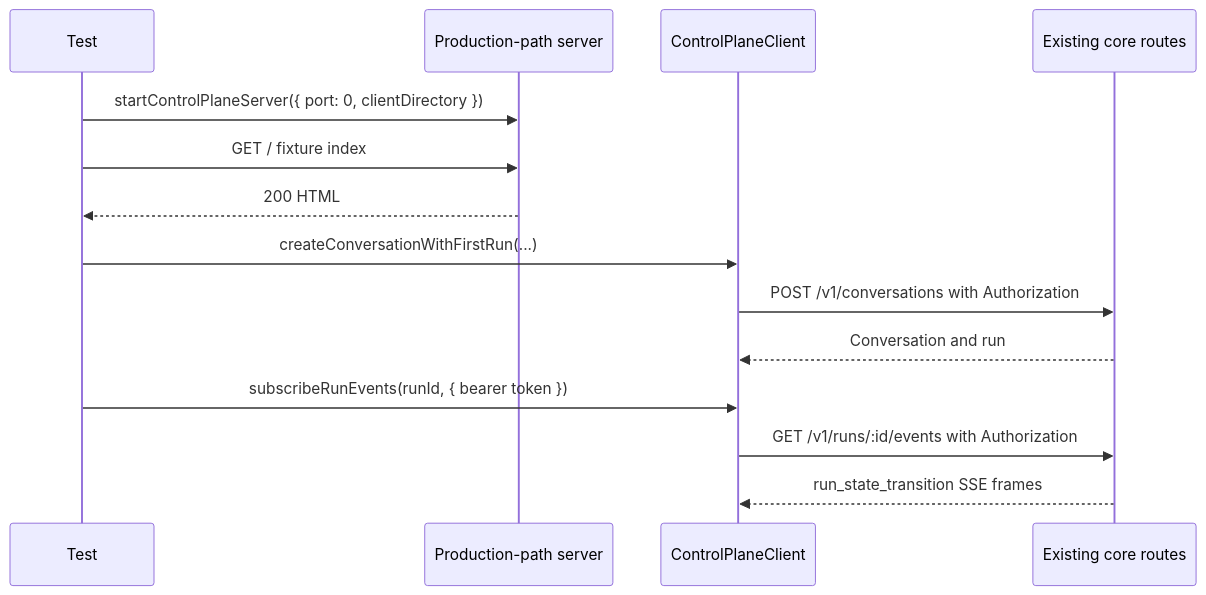
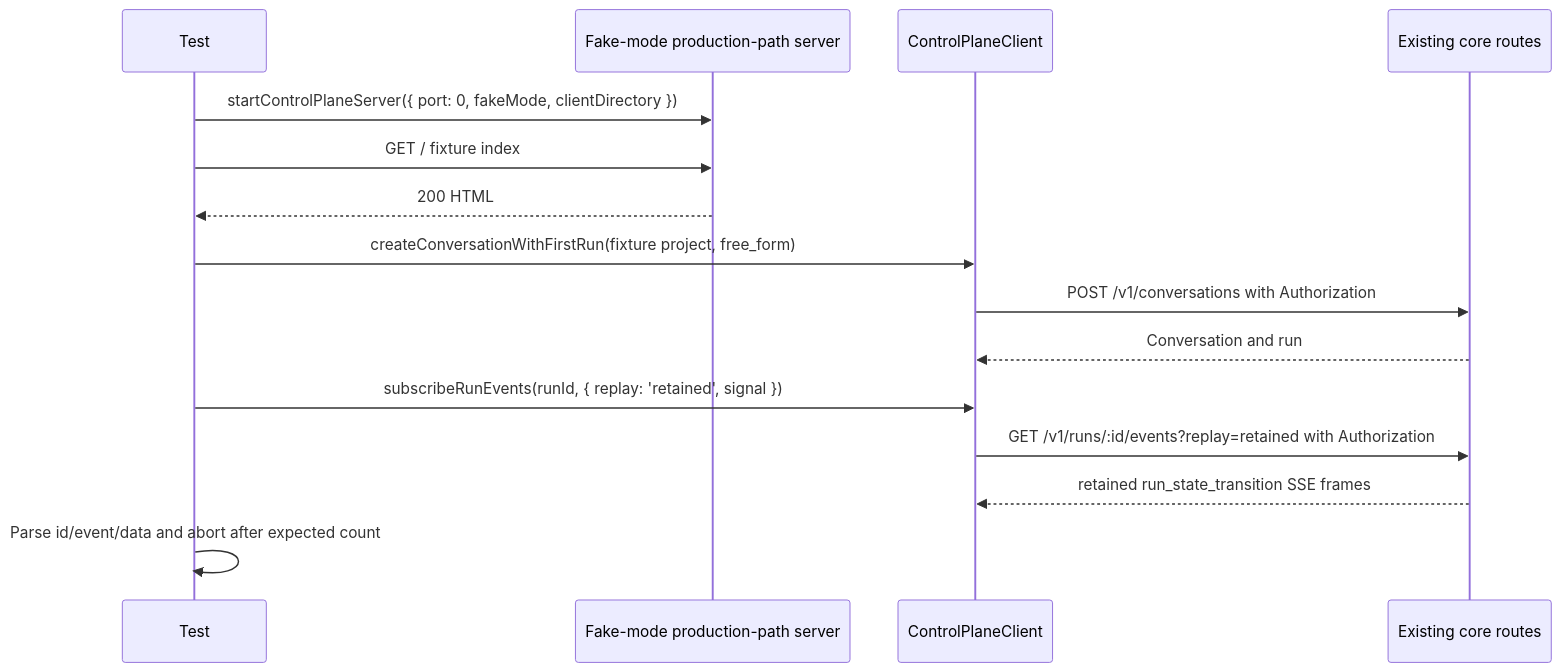
Before and after one commit to markdstafford/autocatalyst: the fourth of 4 diagrams in context-human/specs/feature-control-plane-serves-built-client-event-stream.md, drawn with Mermaid. The commit also changed other lines of this file, not shown here.

Commit message:
docs: revise feature spec control-plane-serves-built-client-event-stream

````diff
--- a/context-human/specs/feature-control-plane-serves-built-client-event-stream.md
+++ b/context-human/specs/feature-control-plane-serves-built-client-event-stream.md
@@ -198,17 +209,18 @@
 ```mermaid
 sequenceDiagram
     participant Test
-    participant Server as Production-path server
+    participant Server as Fake-mode production-path server
     participant SDK as ControlPlaneClient
     participant Routes as Existing core routes
 
-    Test->>Server: startControlPlaneServer({ port: 0, clientDirectory })
+    Test->>Server: startControlPlaneServer({ port: 0, fakeMode, clientDirectory })
     Test->>Server: GET / fixture index
     Server-->>Test: 200 HTML
-    Test->>SDK: createConversationWithFirstRun(...)
+    Test->>SDK: createConversationWithFirstRun(fixture project, free_form)
     SDK->>Routes: POST /v1/conversations with Authorization
     Routes-->>SDK: Conversation and run
-    Test->>SDK: subscribeRunEvents(runId, { bearer token })
-    SDK->>Routes: GET /v1/runs/:id/events with Authorization
-    Routes-->>SDK: run_state_transition SSE frames
+    Test->>SDK: subscribeRunEvents(runId, { replay: 'retained', signal })
+    SDK->>Routes: GET /v1/runs/:id/events?replay=retained with Authorization
+    Routes-->>SDK: retained run_state_transition SSE frames
+    Test->>Test: Parse id/event/data and abort after expected count
 ```
````
